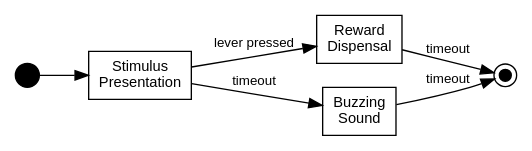
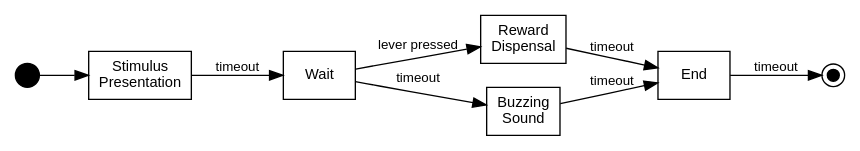
The fourth of 4 diagrams in docs/source/state_machines/index.rst (int-brain-lab/bpod-core), drawn with Graphviz before and after one commit. The commit also changed other lines of this file, not shown here.

```diff
--- a/docs/source/state_machines/index.rst
+++ b/docs/source/state_machines/index.rst
@@ -94,24 +94,28 @@
 .. graphviz::
    :align: center
    :caption: A simple trial sequence implemented as a finite-state machine.
 
    digraph example {
        rankdir=LR;
        node [shape=rectangle, fontname="Helvetica, sans-serif", fontsize=11];
        edge [fontname="Helvetica, sans-serif", fontsize=10];
 
       s [label="", shape=circle, style=filled, fillcolor=black, width=0.25];
       x [label="", shape=doublecircle, style=filled, fillcolor=black, width=0.125];
 
       a [label="Stimulus\nPresentation"];
-      b [label="Reward\nDispensal"];
-      c [label="Buzzing\nSound"];
+      b [label="Wait"];
+      c [label="Reward\nDispensal"];
+      d [label="Buzzing\nSound"];
+      e [label="End"];
 
-      { rank=same; b; c; }
+      { rank=same; c; d; }
 
       s -> a
-      a -> b [label="lever pressed"];
-      a -> c [label="timeout"];
-      b -> x [label="timeout"];
-      c -> x [label="timeout"];
+      a -> b [label="timeout"];
+      b -> c [label="lever pressed"];
+      b -> d [label="timeout"];
+      c -> e [label="timeout"];
+      d -> e [label="timeout"];
+      e -> x [label="timeout"];
    }
```
